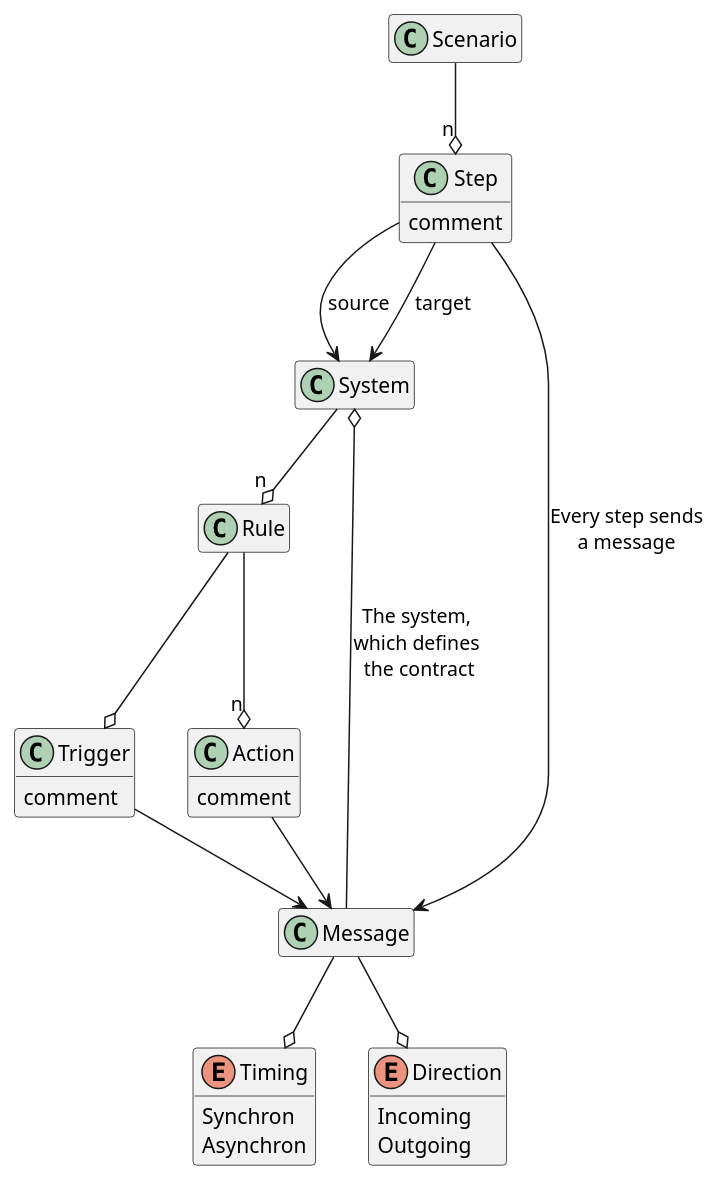
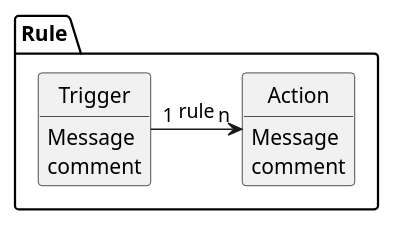
The second of 2 diagrams in README.adoc (Calpano/featdoc), drawn with PlantUML before and after one commit. The commit also changed other lines of this file and 17 other files, not shown here.

```diff
--- a/README.adoc
+++ b/README.adoc
@@ -33,37 +111,18 @@
-[plantuml,arch,svg]
+[plantuml,rule,svg]
 ....
+hide circles
 hide empty members
-enum Timing {
-    Synchron
-    Asynchron
-}
-enum Direction {
-    Incoming
-    Outgoing
-}
-class Scenario
-class Step {
-    comment
-}
-class System
-class Rule
+
+package Rule {
 class Trigger {
+    Message
     comment
 }
 class Action {
+    Message
     comment
 }
 
-Scenario --o "n" Step
-Step --> System : source
-Step --> System : target
-System --o "n" Rule
-Rule --o Trigger
-Rule --o "n" Action
-Trigger --> Message
-Action --> Message
-Message --o Timing
-Message --o Direction
-Step --> Message : Every step sends\na message
-System o-- Message : The system, \nwhich defines \nthe contract
+Trigger "1" -> "n" Action : rule
+}
 ....
```
